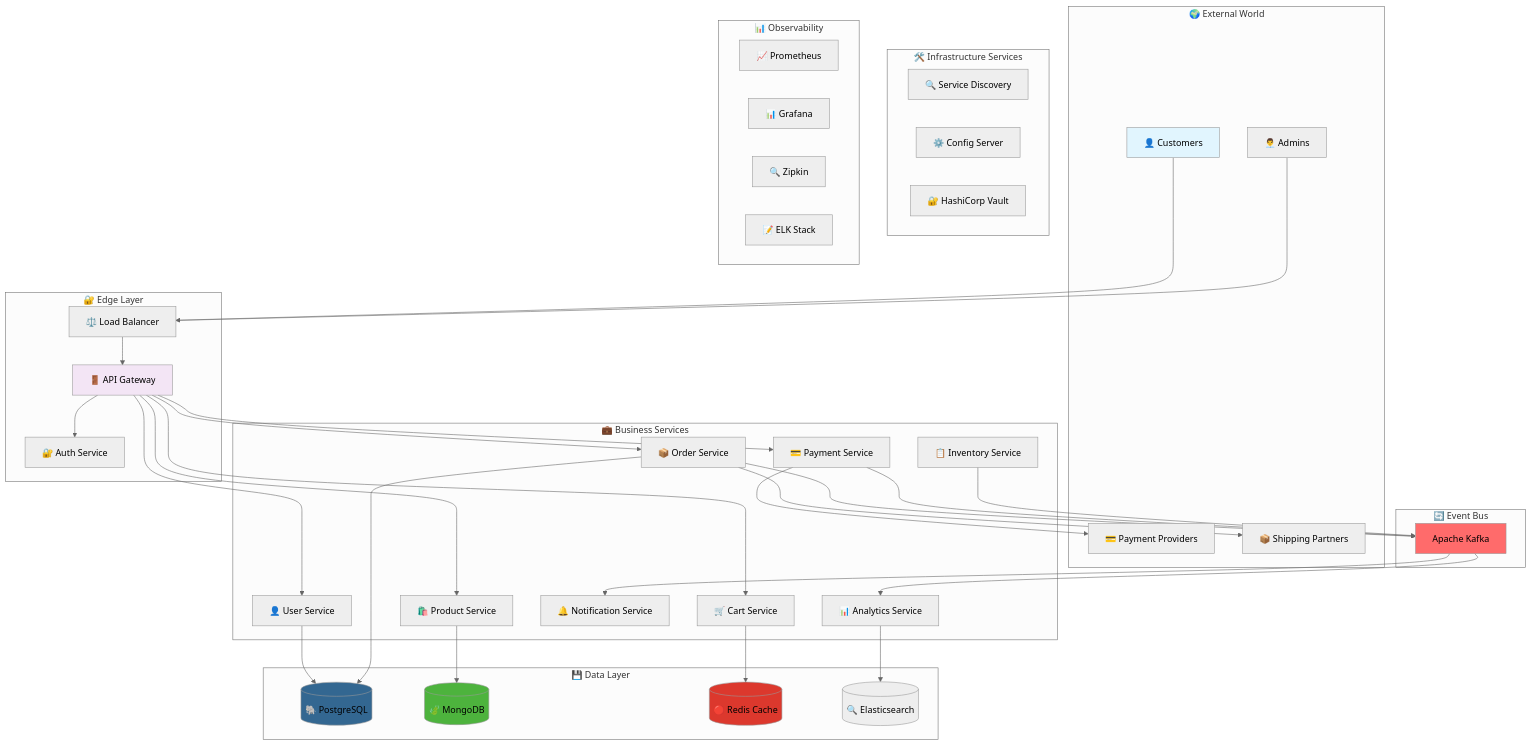
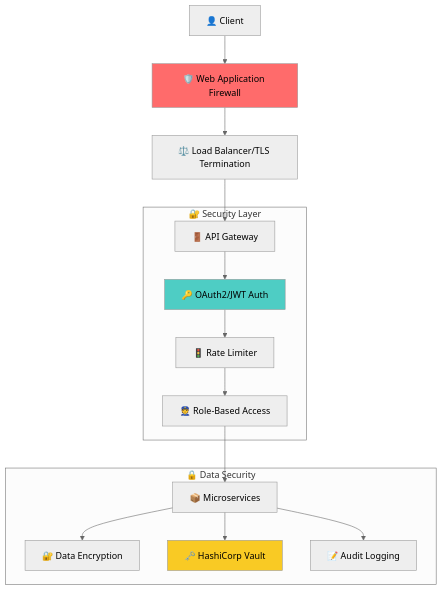
The fourth of 4 diagrams in README.md (khan-sk-dev/cloud-ecommerce-platform), drawn with Mermaid (neutral theme) before and after one commit. The commit also changed other lines of this file, not shown here.

````diff
--- a/README.md
+++ b/README.md
@@ -126,83 +1347,24 @@
 ```mermaid
 graph TB
-    subgraph "🌍 External World"
-        Customer[👤 Customers]
-        Admin[👨‍💼 Admins]
-        Payment[💳 Payment Providers]
-        Shipping[📦 Shipping Partners]
+    Client[👤 Client] --> WAF[🛡️ Web Application Firewall]
+    WAF --> LB[⚖️ Load Balancer/TLS Termination]
+    LB --> Gateway[🚪 API Gateway]
+    
+    subgraph "🔐 Security Layer"
+        Gateway --> Auth[🔑 OAuth2/JWT Auth]
+        Auth --> RateLimit[🚦 Rate Limiter]
+        RateLimit --> RBAC[👮 Role-Based Access]
     end
     
-    subgraph "🔐 Edge Layer"
-        LB[⚖️ Load Balancer]
-        Gateway[🚪 API Gateway]
-        Auth[🔐 Auth Service]
+    RBAC --> Services[📦 Microservices]
+    
+    subgraph "🔒 Data Security"
+        Services --> Encryption[🔐 Data Encryption]
+        Services --> Vault[🗝️ HashiCorp Vault]
+        Services --> Audit[📝 Audit Logging]
     end
     
-    subgraph "💼 Business Services"
-        Product[🛍️ Product Service]
-        Cart[🛒 Cart Service]
-        Order[📦 Order Service]
-        User[👤 User Service]
-        PaymentSvc[💳 Payment Service]
-        Inventory[📋 Inventory Service]
-        Notification[🔔 Notification Service]
-        Analytics[📊 Analytics Service]
-    end
-    
-    subgraph "🔄 Event Bus"
-        Kafka[Apache Kafka]
-    end
-    
-    subgraph "💾 Data Layer"
-        PostgreSQL[(🐘 PostgreSQL)]
-        MongoDB[(🍃 MongoDB)]
-        Redis[(🔴 Redis Cache)]
-        Elasticsearch[(🔍 Elasticsearch)]
-    end
-    
-    subgraph "🛠️ Infrastructure Services"
-        Eureka[🔍 Service Discovery]
-        Config[⚙️ Config Server]
-        Vault[🔐 HashiCorp Vault]
-    end
-    
-    subgraph "📊 Observability"
-        Prometheus[📈 Prometheus]
-        Grafana[📊 Grafana]
-        Zipkin[🔍 Zipkin]
-        ELK[📝 ELK Stack]
-    end
-    
-    Customer --> LB
-    Admin --> LB
-    LB --> Gateway
-    Gateway --> Auth
-    
-    Gateway --> Product
-    Gateway --> Cart
-    Gateway --> Order
-    Gateway --> User
-    Gateway --> PaymentSvc
-    
-    Order --> Kafka
-    PaymentSvc --> Kafka
-    Inventory --> Kafka
-    Kafka --> Notification
-    Kafka --> Analytics
-    
-    Product --> MongoDB
-    User --> PostgreSQL
-    Order --> PostgreSQL
-    Cart --> Redis
-    Analytics --> Elasticsearch
-    
-    PaymentSvc --> Payment
-    Order --> Shipping
-    
-    style Customer fill:#e1f5fe
-    style Kafka fill:#ff6b6b
-    style Gateway fill:#f3e5f5
-    style PostgreSQL fill:#336791
-    style MongoDB fill:#4DB33D
-    style Redis fill:#DC382D
+    style WAF fill:#ff6b6b
+    style Auth fill:#4ecdc4
+    style Vault fill:#f9ca24
 ```
````
